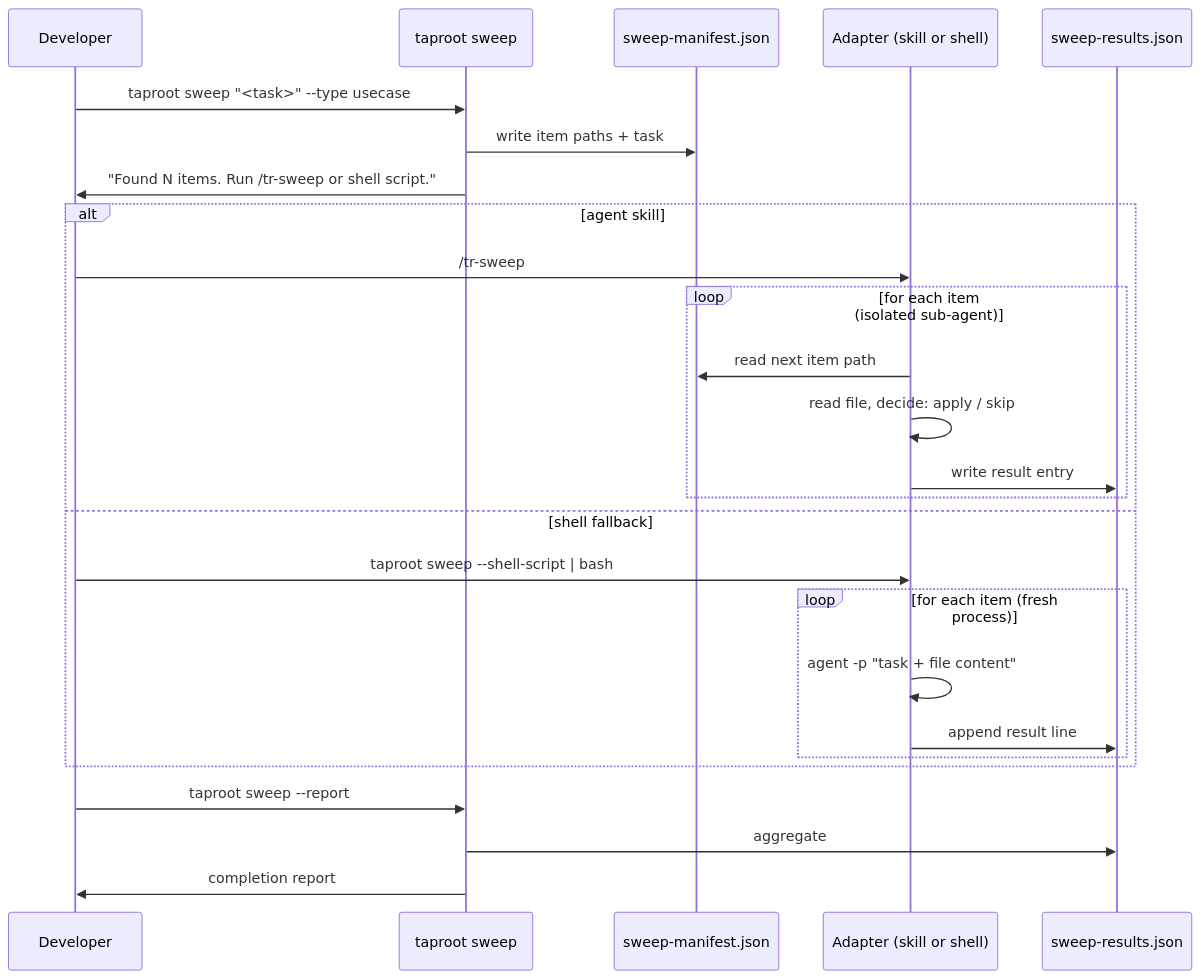
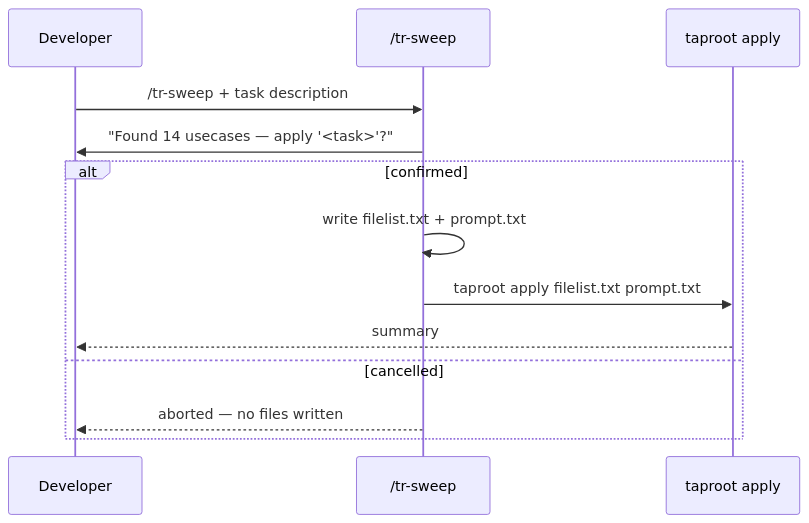
The diagram in taproot/human-integration/hierarchy-sweep/usecase.md (imix/taproot), drawn with Mermaid before and after one commit. The commit also changed other lines of this file and 4 other files, not shown here.

Commit message:
taproot(human-integration/hierarchy-sweep): refine sweep spec — skill generates filelist+prompt, calls taproot apply

````diff
--- a/taproot/human-integration/hierarchy-sweep/usecase.md
+++ b/taproot/human-integration/hierarchy-sweep/usecase.md
@@ -95,29 +46,16 @@
 ```mermaid
 sequenceDiagram
     participant Dev as Developer
-    participant CLI as taproot sweep
-    participant Manifest as sweep-manifest.json
-    participant Adapter as Adapter (skill or shell)
-    participant Results as sweep-results.json
+    participant Skill as /tr-sweep
+    participant CLI as taproot apply
 
-    Dev->>CLI: taproot sweep "<task>" --type usecase
-    CLI->>Manifest: write item paths + task
-    CLI->>Dev: "Found N items. Run /tr-sweep or shell script."
-    alt agent skill
-        Dev->>Adapter: /tr-sweep
-        loop for each item (isolated sub-agent)
-            Adapter->>Manifest: read next item path
-            Adapter->>Adapter: read file, decide: apply / skip
-            Adapter->>Results: write result entry
-        end
-    else shell fallback
-        Dev->>Adapter: taproot sweep --shell-script | bash
-        loop for each item (fresh process)
-            Adapter->>Adapter: agent -p "task + file content"
-            Adapter->>Results: append result line
-        end
+    Dev->>Skill: /tr-sweep + task description
+    Skill->>Dev: "Found 14 usecases — apply '<task>'?"
+    alt confirmed
+        Skill->>Skill: write filelist.txt + prompt.txt
+        Skill->>CLI: taproot apply filelist.txt prompt.txt
+        CLI-->>Dev: summary
+    else cancelled
+        Skill-->>Dev: aborted — no files written
     end
-    Dev->>CLI: taproot sweep --report
-    CLI->>Results: aggregate
-    CLI->>Dev: completion report
 ```
````
